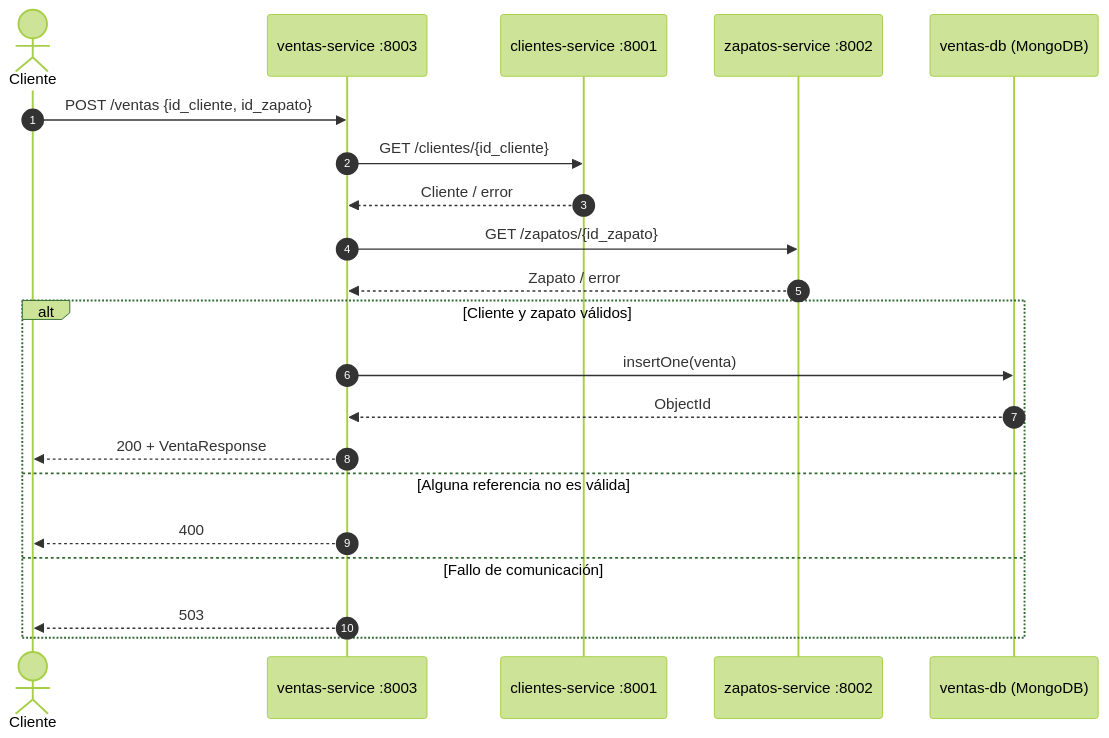
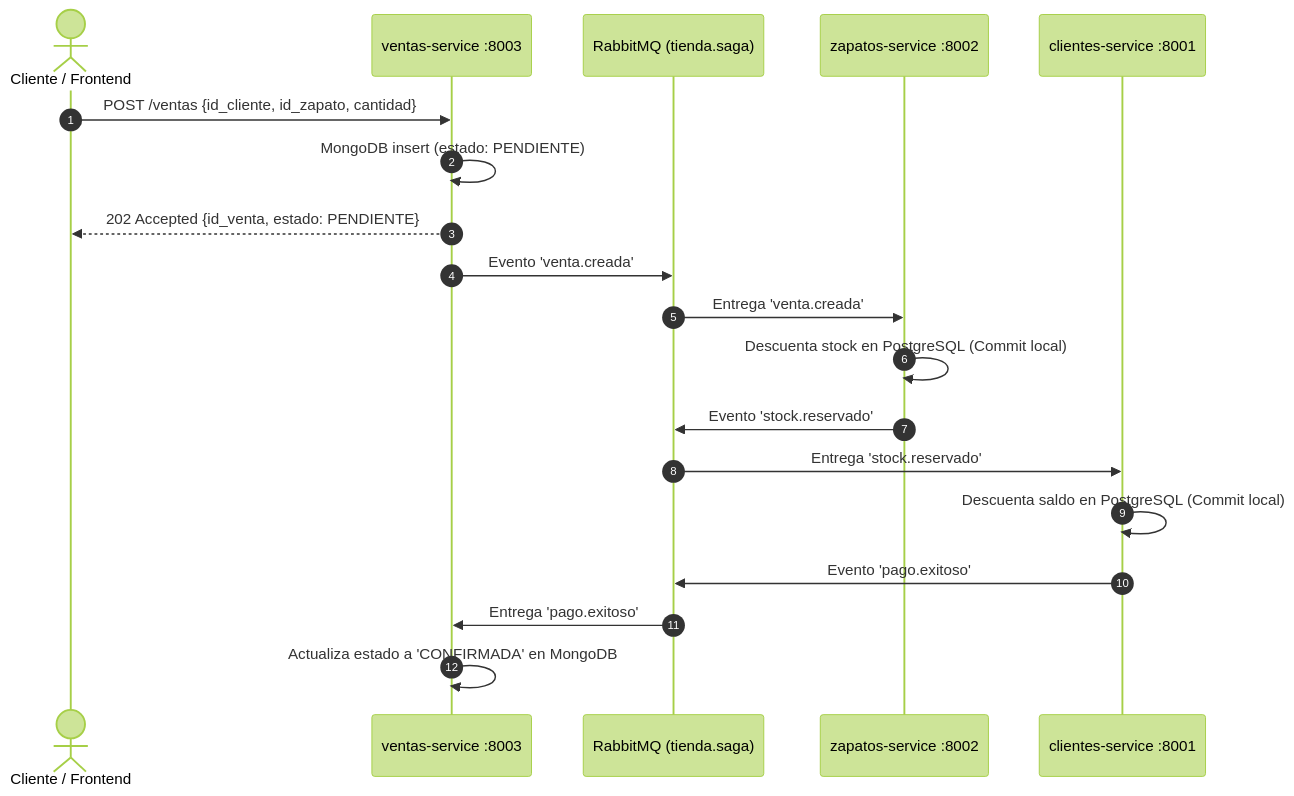
The second of 3 diagrams in docs/arquitectura.md (JuanesCCXLV/Tiendazapatos), drawn with Mermaid (forest theme) before and after one commit. The commit also changed other lines of this file and 15 other files, not shown here.

Commit message:
Implementar patron Saga coreografiada con RabbitMQ

````diff
--- a/docs/arquitectura.md
+++ b/docs/arquitectura.md
@@ -89,25 +69,25 @@
 ```mermaid
 sequenceDiagram
     autonumber
-    actor Cliente as Cliente
+    actor C as Cliente / Frontend
     participant V as ventas-service :8003
-    participant C as clientes-service :8001
+    participant MQ as RabbitMQ (tienda.saga)
     participant Z as zapatos-service :8002
-    participant DB as ventas-db (MongoDB)
+    participant CL as clientes-service :8001
 
-    Cliente->>V: POST /ventas {id_cliente, id_zapato}
-    V->>C: GET /clientes/{id_cliente}
-    C-->>V: Cliente / error
-    V->>Z: GET /zapatos/{id_zapato}
-    Z-->>V: Zapato / error
+    C->>V: POST /ventas {id_cliente, id_zapato, cantidad}
+    V->>V: MongoDB insert (estado: PENDIENTE)
+    V-->>C: 202 Accepted {id_venta, estado: PENDIENTE}
+    V->>MQ: Evento 'venta.creada'
+    
+    MQ->>Z: Entrega 'venta.creada'
+    Z->>Z: Descuenta stock en PostgreSQL (Commit local)
+    Z->>MQ: Evento 'stock.reservado'
 
-    alt Cliente y zapato válidos
-        V->>DB: insertOne(venta)
-        DB-->>V: ObjectId
-        V-->>Cliente: 200 + VentaResponse
-    else Alguna referencia no es válida
-        V-->>Cliente: 400
-    else Fallo de comunicación
-        V-->>Cliente: 503
-    end
+    MQ->>CL: Entrega 'stock.reservado'
+    CL->>CL: Descuenta saldo en PostgreSQL (Commit local)
+    CL->>MQ: Evento 'pago.exitoso'
+
+    MQ->>V: Entrega 'pago.exitoso'
+    V->>V: Actualiza estado a 'CONFIRMADA' en MongoDB
 ```
````
